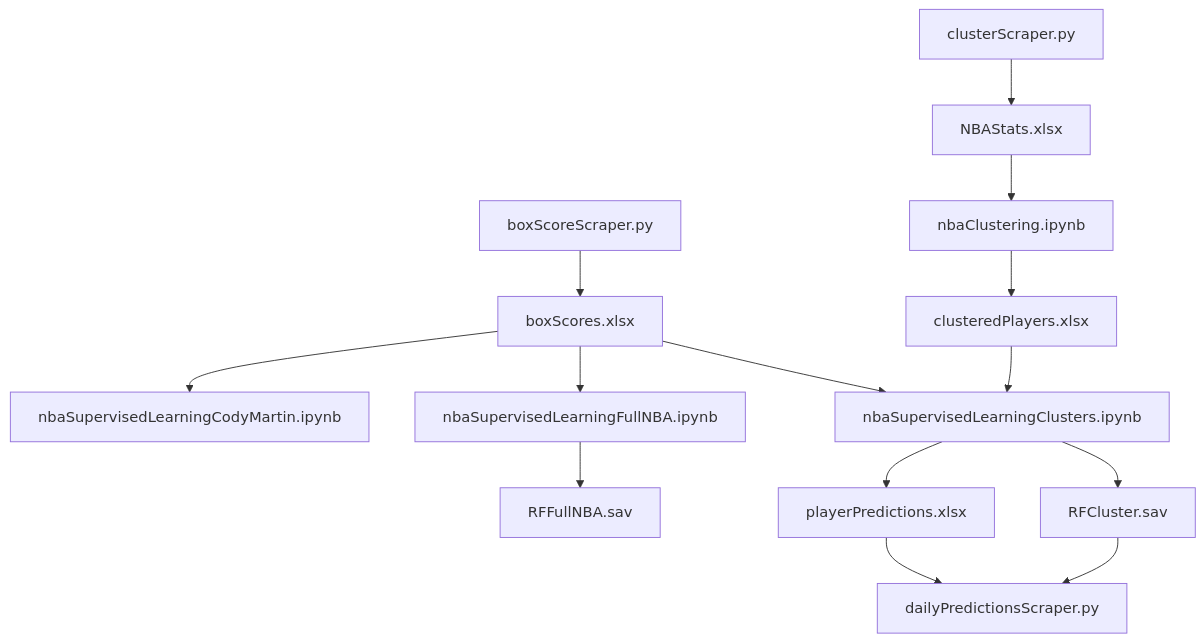
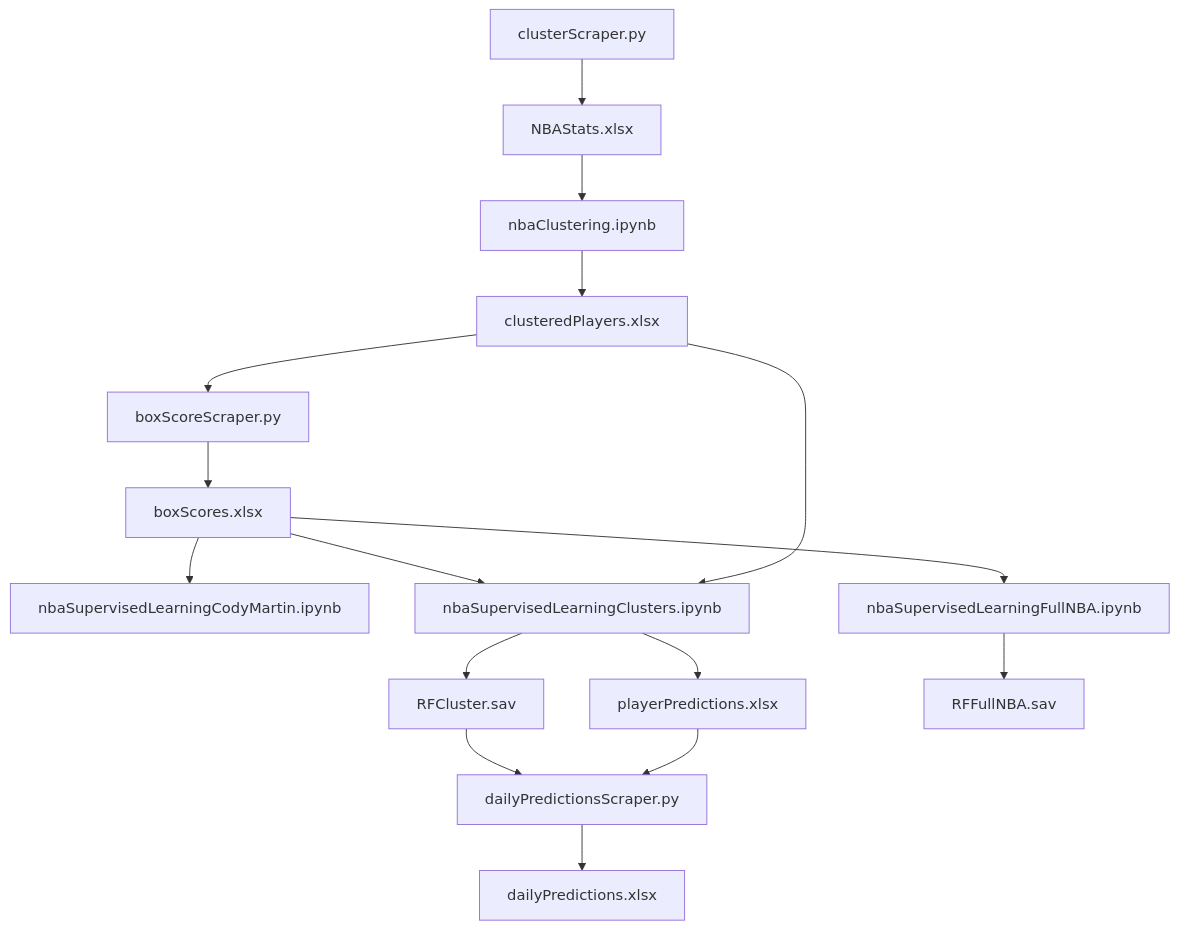
The diagram in README.md (ibracken/NBA_Machine_Learning), drawn with Mermaid before and after one commit. The commit also changed other lines of this file and 4 other files, not shown here.

First line of the commit message:
Build Functioning dailyPredictionsScraper

````diff
--- a/README.md
+++ b/README.md
@@ -63,17 +64,19 @@
 ```mermaid
 graph TD;
     clusterScraper.py-->NBAStats.xlsx;
     boxScoreScraper.py-->boxScores.xlsx;
     NBAStats.xlsx-->nbaClustering.ipynb;
     nbaClustering.ipynb-->clusteredPlayers.xlsx;
     boxScores.xlsx-->nbaSupervisedLearningCodyMartin.ipynb;
     boxScores.xlsx-->nbaSupervisedLearningFullNBA.ipynb;
     boxScores.xlsx-->nbaSupervisedLearningClusters.ipynb;
     clusteredPlayers.xlsx-->nbaSupervisedLearningClusters.ipynb;
     nbaSupervisedLearningClusters.ipynb-->playerPredictions.xlsx;
     nbaSupervisedLearningClusters.ipynb-->RFCluster.sav;
     nbaSupervisedLearningFullNBA.ipynb-->RFFullNBA.sav;
     RFCluster.sav-->dailyPredictionsScraper.py;
     playerPredictions.xlsx-->dailyPredictionsScraper.py;
+    clusteredPlayers.xlsx-->boxScoreScraper.py;
+    dailyPredictionsScraper.py-->dailyPredictions.xlsx;
 
 ```
````
